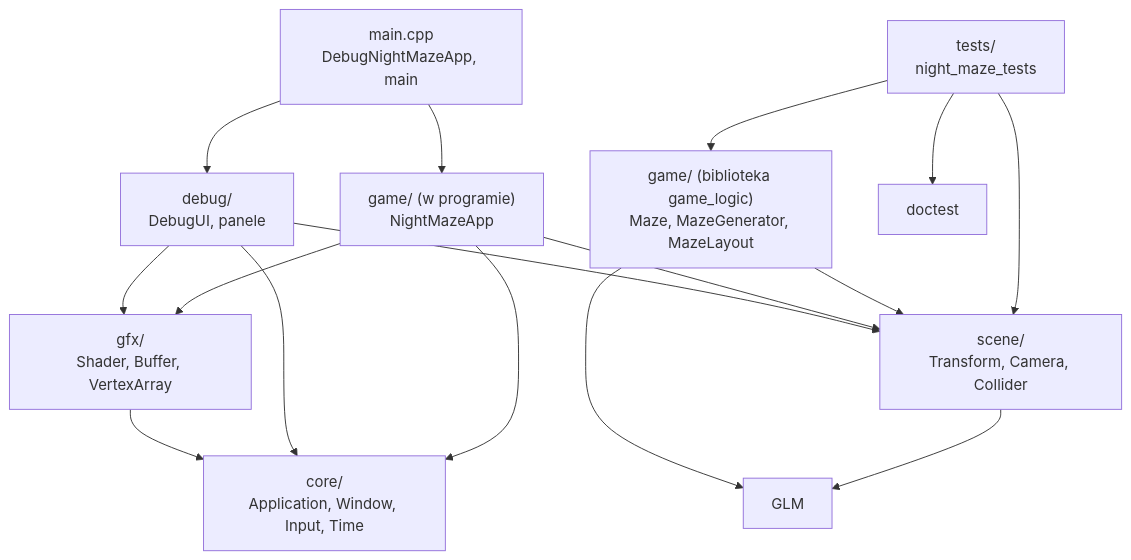
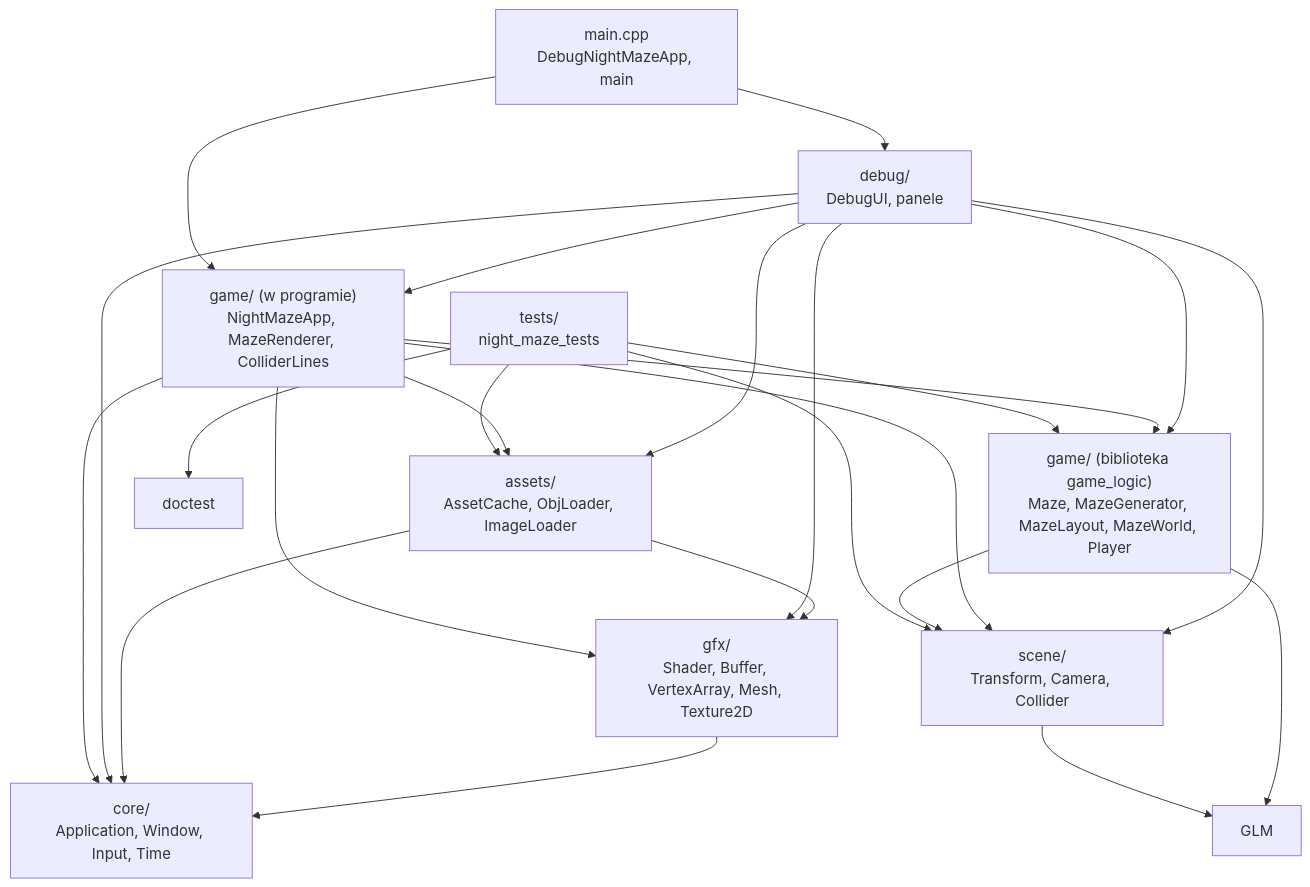
Before and after one commit to Shironex/night-maze: the diagram in docs/modules/game/README.md, drawn with Mermaid. The commit also changed other lines of this file and 41 other files, not shown here.

First line of the commit message:
feat(game): draw the textured maze and walk through it

````diff
--- a/docs/modules/game/README.md
+++ b/docs/modules/game/README.md
@@ -43,18 +53,26 @@
 ```mermaid
 flowchart TD
     Main["main.cpp<br/>DebugNightMazeApp, main"] --> Debug["debug/<br/>DebugUI, panele"]
-    Main --> App["game/ (w programie)<br/>NightMazeApp"]
+    Main --> App["game/ (w programie)<br/>NightMazeApp, MazeRenderer, ColliderLines"]
     Tests["tests/<br/>night_maze_tests"] --> Logic
     Tests --> Scene
-    Logic["game/ (biblioteka game_logic)<br/>Maze, MazeGenerator, MazeLayout"] --> Scene["scene/<br/>Transform, Camera, Collider"]
+    Tests --> Assets
+    Logic["game/ (biblioteka game_logic)<br/>Maze, MazeGenerator, MazeLayout, MazeWorld, Player"] --> Scene["scene/<br/>Transform, Camera, Collider"]
+    App --> Logic
     App --> Scene
-    App --> Gfx["gfx/<br/>Shader, Buffer, VertexArray"]
+    App --> Assets["assets/<br/>AssetCache, ObjLoader, ImageLoader"]
+    App --> Gfx["gfx/<br/>Shader, Buffer, VertexArray, Mesh, Texture2D"]
     App --> Core["core/<br/>Application, Window, Input, Time"]
     Debug --> Core
     Debug --> Gfx
     Debug --> Scene
+    Debug --> Assets
+    Debug --> App
+    Debug --> Logic
+    Assets --> Gfx
+    Assets --> Core
     Gfx --> Core
     Scene --> Glm["GLM"]
     Logic --> Glm
     Tests --> Doctest["doctest"]
 ```
````
